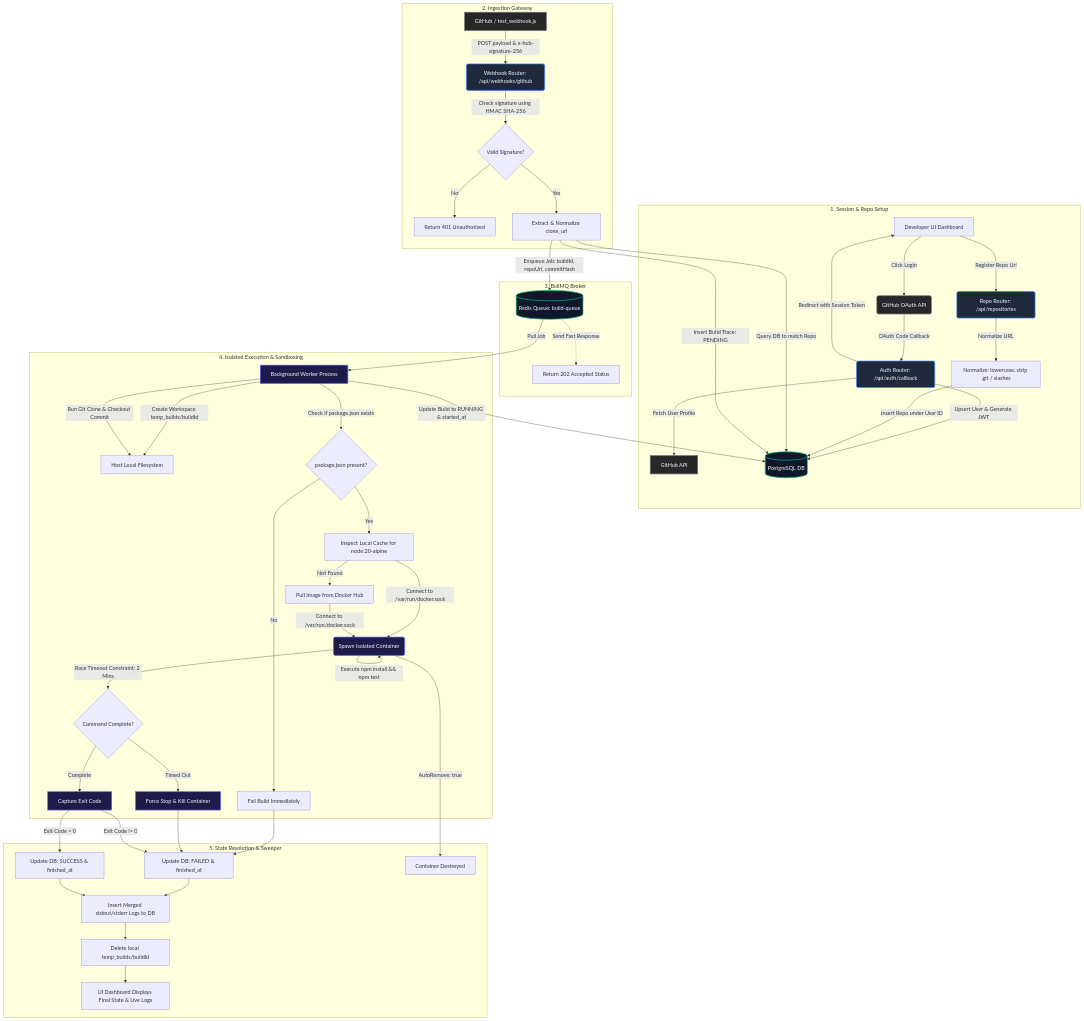
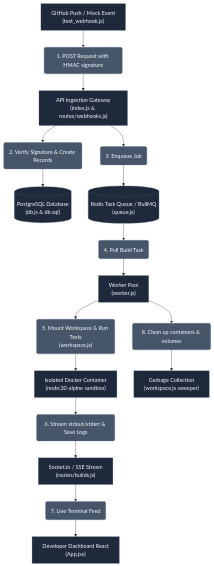
The diagram in reports/full_flowchart_report.md (AmanKashyapp07/CI-CD-Engine), drawn with Mermaid before and after one commit. The commit also changed 1 other file, not shown here.

Commit message:
report-f

````diff
--- a/reports/full_flowchart_report.md
+++ b/reports/full_flowchart_report.md
@@ -11,74 +11,34 @@
 ```mermaid
 flowchart TD
-    %% Define styles
-    classDef gateway fill:#1e293b,stroke:#3b82f6,stroke-width:2px,color:#f8fafc;
-    classDef worker fill:#1e1b4b,stroke:#6366f1,stroke-width:2px,color:#f8fafc;
-    classDef database fill:#0f172a,stroke:#10b981,stroke-width:2px,color:#f8fafc;
-    classDef external fill:#27272a,stroke:#71717a,stroke-width:2px,color:#f8fafc;
-    classDef dec decision;
+    classDef process fill:#475569,stroke:#64748b,color:#f8fafc;
+    classDef system fill:#1e293b,stroke:#475569,stroke-width:1px,color:#f8fafc;
+    classDef database fill:#1e293b,stroke:#475569,stroke-width:1px,color:#f8fafc;
 
-    %% Week 1: Authentication & Repository Setup
-    subgraph Auth & Setup [1. Session & Repo Setup]
-        A[Developer UI Dashboard] -->|Click Login| B(GitHub OAuth API)
-        B -->|OAuth Code Callback| C(Auth Router: /api/auth/callback)
-        C -->|Fetch User Profile| D[GitHub API]
-        C -->|Upsert User & Generate JWT| DB[(PostgreSQL DB)]
-        C -->|Redirect with Session Token| A
-        A -->|Register Repo Url| E(Repo Router: /api/repositories)
-        E -->|Normalize URL| F[Normalize: lowercase, strip .git / slashes]
-        F -->|Insert Repo under User ID| DB
-    end
+    A["GitHub Push / Mock Event<br/>(test_webhook.js)"] --> B("1. POST Request with HMAC signature")
+    B --> C["API Ingestion Gateway<br/>(index.js & routes/webhooks.js)"]
+    
+    C --> D("2. Verify Signature & Create Records")
+    D --> E[("PostgreSQL Database<br/>(db.js & db.sql)")]
+    
+    C --> F("3. Enqueue Job")
+    F --> G[("Redis Task Queue / BullMQ<br/>(queue.js)")]
+    
+    G --> H("4. Pull Build Task")
+    H --> I["Worker Pool<br/>(worker.js)"]
+    
+    I --> J("5. Mount Workspace & Run Tests<br/>(workspace.js)")
+    J --> K["Isolated Docker Container<br/>(node:20-alpine sandbox)"]
+    
+    I --> L("8. Clean up containers & volumes")
+    L --> M["Garbage Collection<br/>(workspace.js sweeper)"]
+    
+    K --> N("6. Stream stdout/stderr & Save Logs")
+    N --> O["Socket.io / SSE Stream<br/>(routes/builds.js)"]
+    
+    O --> P("7. Live Terminal Feed")
+    P --> Q["Developer Dashboard React<br/>(App.jsx)"]
 
-    %% Webhook Ingestion (Week 1)
-    subgraph Webhook Ingestion [2. Ingestion Gateway]
-        G[GitHub / test_webhook.js] -->|POST payload & x-hub-signature-256| H(Webhook Router: /api/webhooks/github)
-        H -->|Check signature using HMAC SHA-256| I{Valid Signature?}
-        I -->|No| J[Return 401 Unauthorized]
-        I -->|Yes| K[Extract & Normalize clone_url]
-        K -->|Query DB to match Repo| DB
-        K -->|Insert Build Trace: PENDING| DB
-    end
-
-    %% Asynchronous Broker (Week 2)
-    subgraph Job Queueing [3. BullMQ Broker]
-        K -->|Enqueue Job: buildId, repoUrl, commitHash| L[(Redis Queue: build-queue)]
-        L -.->|Send Fast Response| M[Return 202 Accepted Status]
-    end
-
-    %% Background Worker & Container Sandbox (Week 3)
-    subgraph Background Worker Lifecycle [4. Isolated Execution & Sandboxing]
-        L -->|Pull Job| N[Background Worker Process]
-        N -->|Update Build to RUNNING & started_at| DB
-        N -->|Create Workspace temp_builds/buildId| O[Host Local Filesystem]
-        N -->|Run Git Clone & Checkout Commit| O
-        N -->|Check if package.json exists| P{package.json present?}
-        P -->|No| Q[Fail Build Immediately]
-        P -->|Yes| R[Inspect Local Cache for node:20-alpine]
-        R -->|Not Found| S[Pull Image from Docker Hub]
-        R & S -->|Connect to /var/run/docker.sock| T(Spawn Isolated Container)
-        T -->|Bind Mount temp_builds/buildId to /app| T
-        T -->|Attach Log Stream & Tty: true| T
-        T -->|Execute npm install && npm test| T
-        T -->|Race Timeout Constraint: 2 Mins| U{Command Complete?}
-        U -->|Timed Out| V[Force Stop & Kill Container]
-        U -->|Complete| W[Capture Exit Code]
-    end
-
-    %% Cleanup & Logging (Week 3/4)
-    subgraph Output Resolution [5. State Resolution & Sweeper]
-        Q & V --> X[Update DB: FAILED & finished_at]
-        W -->|Exit Code = 0| Y[Update DB: SUCCESS & finished_at]
-        W -->|Exit Code != 0| X
-        T -->|AutoRemove: true| Z[Container Destroyed]
-        X & Y --> AA[Insert Merged stdout/stderr Logs to DB]
-        AA --> AB[Delete local temp_builds/buildId]
-        AB --> AC[UI Dashboard Displays Final State & Live Logs]
-    end
-
-    %% Apply Styles
-    class C,E,H gateway;
-    class N,T,V,W worker;
-    class DB,L database;
-    class B,D,G external;
-    class I,P,U dec;
+    class B,D,F,H,J,L,N,P process;
+    class A,C,I,K,M,O,Q system;
+    class E,G database;
 ```
````
